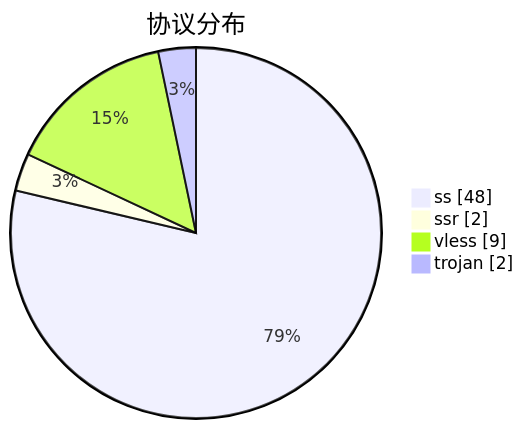
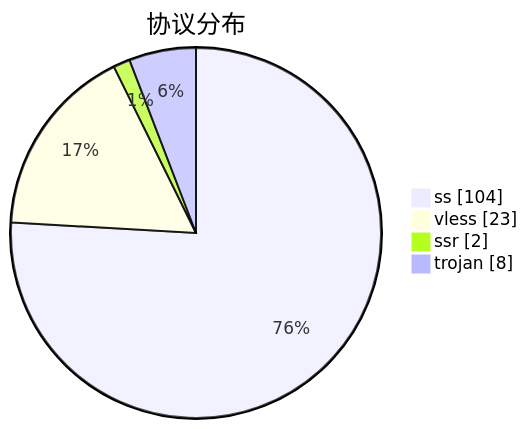
Before and after one commit to qjlxg/airport: the third of 3 diagrams in subs/statistics/tested_within.md, drawn with Mermaid. The commit also changed other lines of this file and 2 other files, not shown here.

````diff
--- a/subs/statistics/tested_within.md
+++ b/subs/statistics/tested_within.md
@@ -26,8 +32,8 @@
 ```mermaid
 pie showData
 title 协议分布
-"ss" : 48
+"ss" : 104
+"vless" : 23
 "ssr" : 2
-"vless" : 9
-"trojan" : 2
+"trojan" : 8
 ```
````
